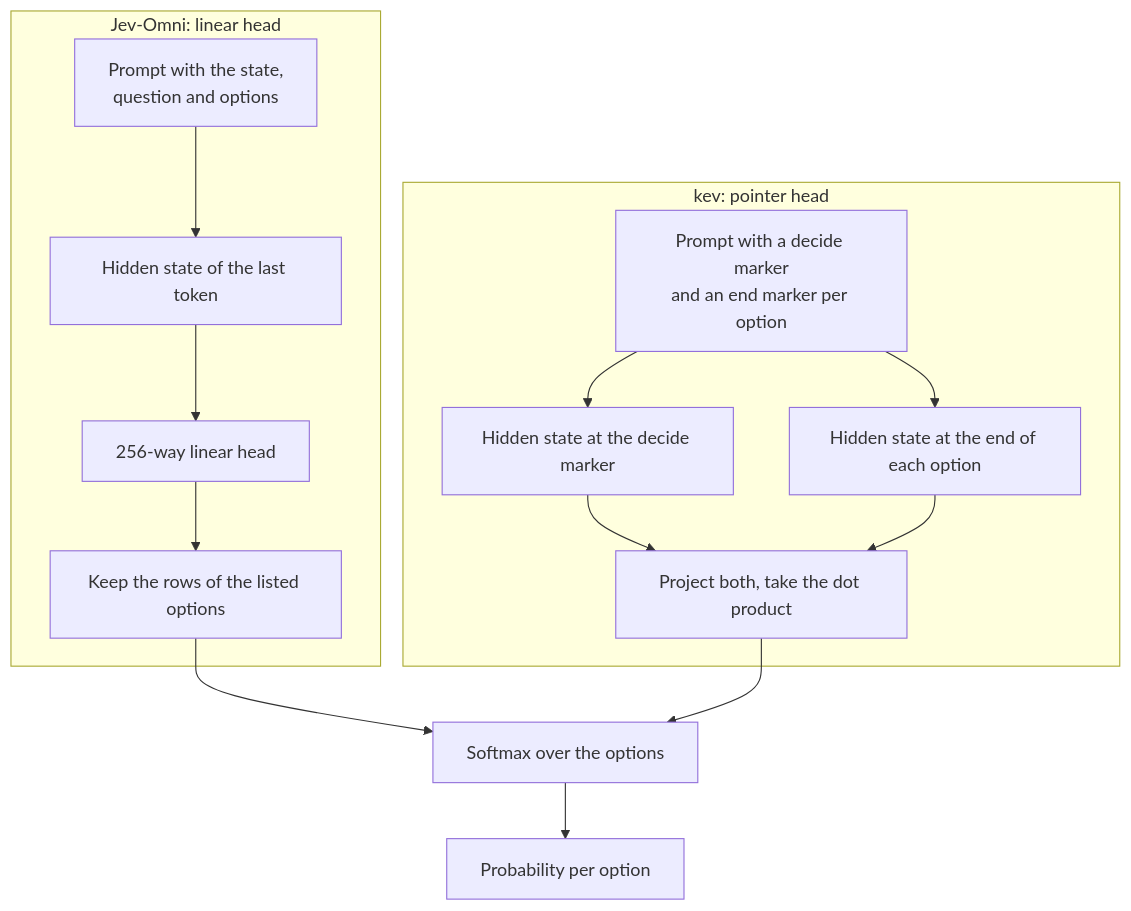
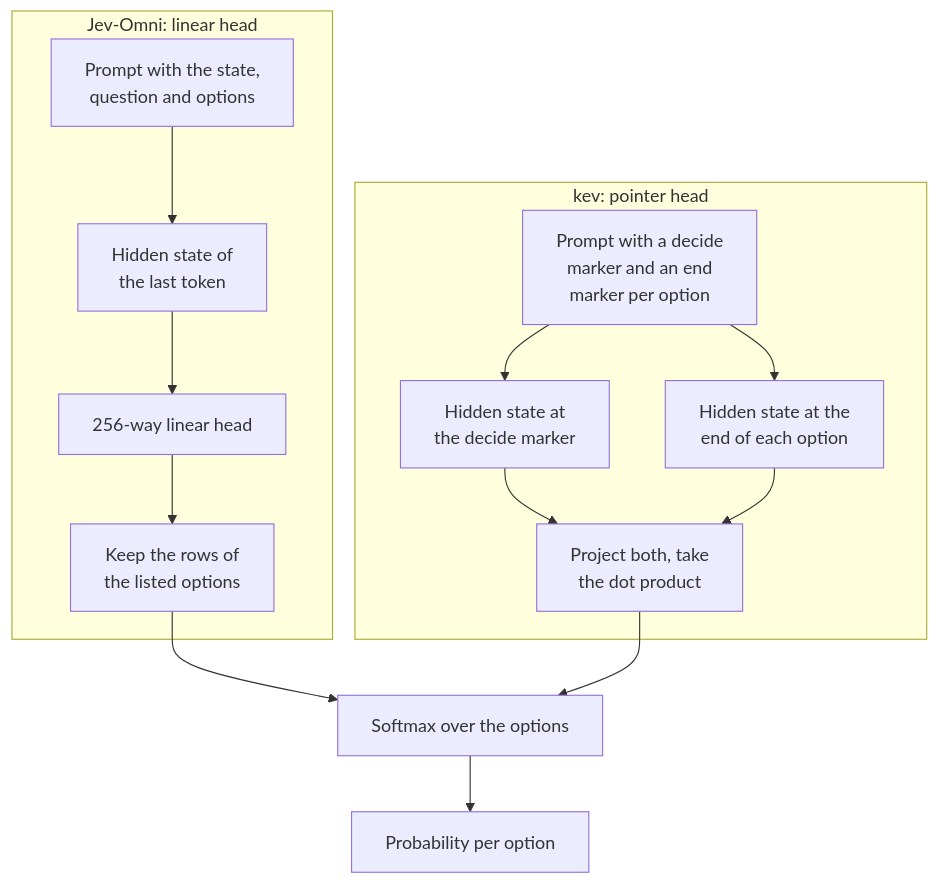
The fifth of 7 diagrams in src_docs/md/03-engines.md (fontlaborg/ornotto), drawn with Mermaid before and after one commit. The commit also changed other lines of this file and 10 other files, not shown here.

Commit message:
Make the diagrams legible and match the theme

````diff
--- a/src_docs/md/03-engines.md
+++ b/src_docs/md/03-engines.md
@@ -235,17 +239,18 @@
 ```mermaid
+%%{init: {"flowchart": {"useMaxWidth": false}}}%%
 flowchart TB
     subgraph JO["Jev-Omni: linear head"]
-        J1["Prompt with the state,<br>question and options"] --> J2["Hidden state of the last token"]
+        J1["Prompt with the state,<br>question and options"] --> J2["Hidden state of<br>the last token"]
         J2 --> J3["256-way linear head"]
-        J3 --> J4["Keep the rows of the listed options"]
+        J3 --> J4["Keep the rows of<br>the listed options"]
     end
     subgraph KV["kev: pointer head"]
-        K1["Prompt with a decide marker<br>and an end marker per option"] --> K2["Hidden state at the decide marker"]
-        K1 --> K3["Hidden state at the end of each option"]
-        K2 --> K4["Project both, take the dot product"]
+        K1["Prompt with a decide<br>marker and an end<br>marker per option"] --> K2["Hidden state at<br>the decide marker"]
+        K1 --> K3["Hidden state at the<br>end of each option"]
+        K2 --> K4["Project both, take<br>the dot product"]
         K3 --> K4
     end
     J4 --> X["Softmax over the options"]
     K4 --> X
     X --> R["Probability per option"]
 ```
````
